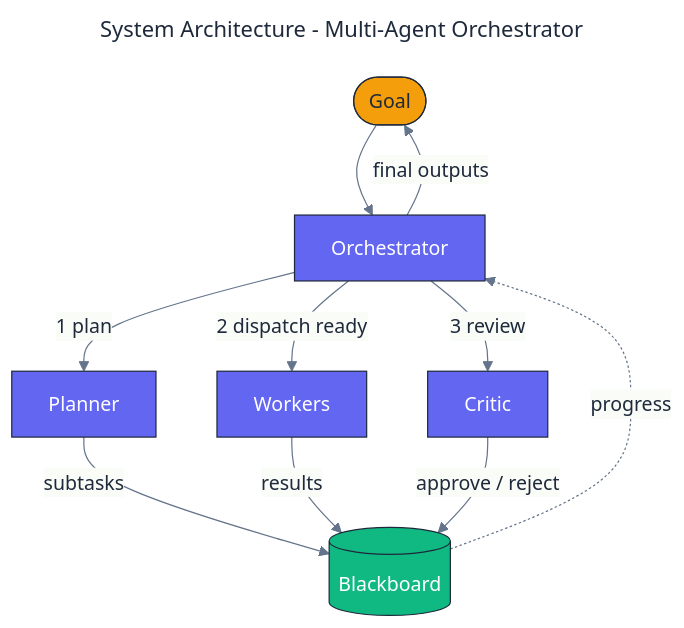
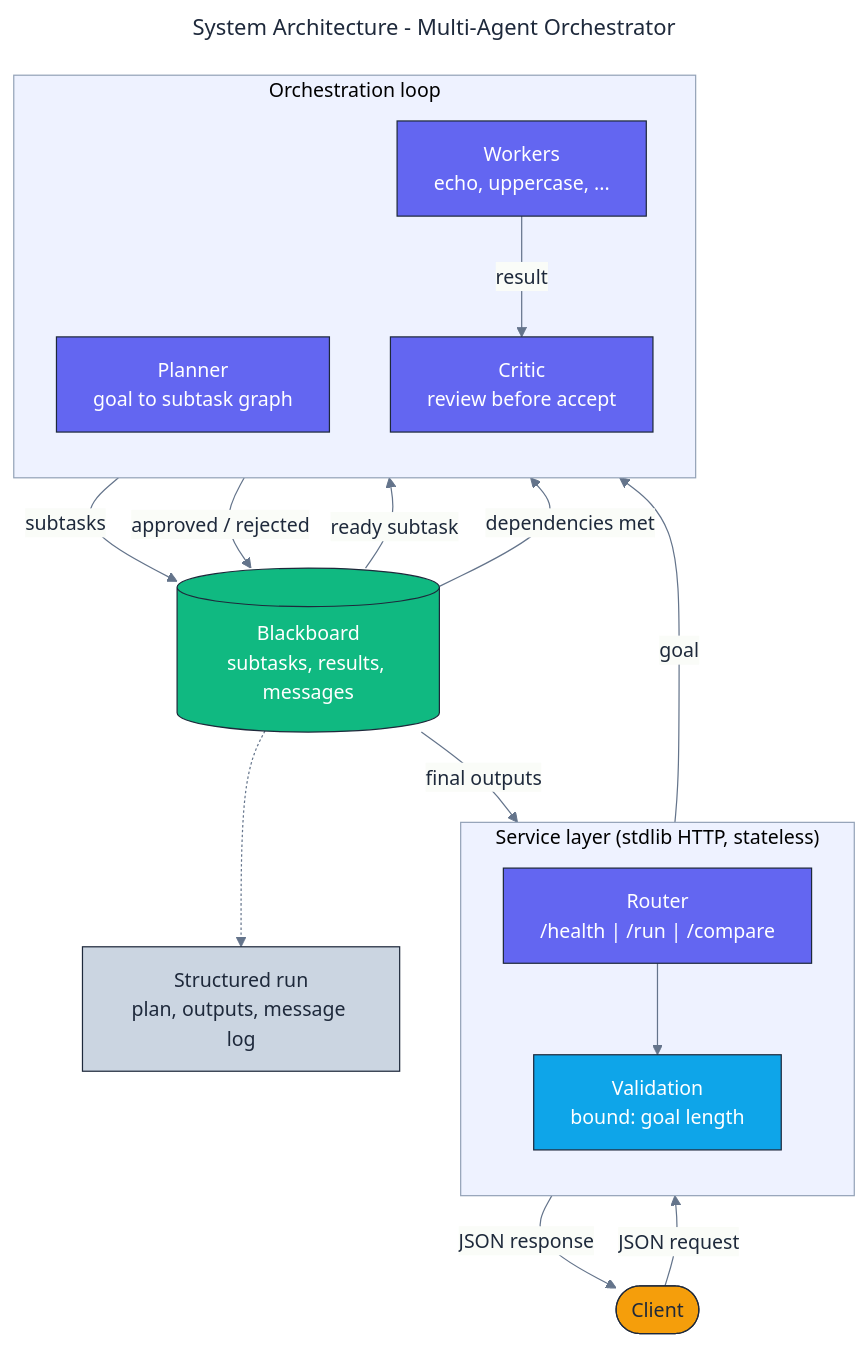
One commit to adeoluo/multi-agent-orchestrator changed the diagram in docs/architecture/architecture.mmd. Above: the diagram before and after it, drawn with Mermaid. The commit also changed 11 other files, not shown here.

First line of the commit message:
feat: add HTTP service, stress benchmark, and operations documentation

```diff
--- a/docs/architecture/architecture.mmd
+++ b/docs/architecture/architecture.mmd
@@ -1,35 +1,47 @@
 ---
 title: System Architecture - Multi-Agent Orchestrator
 config:
   theme: base
   themeVariables:
     fontFamily: "Inter, system-ui, sans-serif"
     primaryColor: "#F8FAFC"
     primaryBorderColor: "#1E293B"
     primaryTextColor: "#1E293B"
     lineColor: "#64748B"
-    clusterBkg: "#E2E8F0"
+    clusterBkg: "#EEF2FF"
     clusterBorder: "#94A3B8"
 ---
-flowchart TD
+flowchart TB
+    classDef edge     fill:#F59E0B,stroke:#1E293B,color:#1E293B,stroke-width:1px;
     classDef core     fill:#6366F1,stroke:#1E293B,color:#ffffff,stroke-width:1px;
     classDef data     fill:#10B981,stroke:#1E293B,color:#ffffff,stroke-width:1px;
-    classDef external fill:#F59E0B,stroke:#1E293B,color:#1E293B,stroke-width:1px;
+    classDef control  fill:#0EA5E9,stroke:#1E293B,color:#ffffff,stroke-width:1px;
+    classDef obs      fill:#CBD5E1,stroke:#1E293B,color:#1E293B,stroke-width:1px;
 
-    Goal([Goal]):::external
-    Orchestrator[Orchestrator]:::core
-    Board[(Blackboard)]:::data
+    Client([Client]):::edge
 
-    Planner[Planner]:::core
-    Worker[Workers]:::core
-    Critic[Critic]:::core
+    subgraph Edge["Service layer (stdlib HTTP, stateless)"]
+        direction TB
+        Router["Router<br/>/health | /run | /compare"]:::core
+        Validate["Validation<br/>bound: goal length"]:::control
+    end
 
-    Goal --> Orchestrator
-    Orchestrator -->|1 plan| Planner
-    Planner -->|subtasks| Board
-    Orchestrator -->|2 dispatch ready| Worker
-    Worker -->|results| Board
-    Orchestrator -->|3 review| Critic
-    Critic -->|approve / reject| Board
-    Board -.->|progress| Orchestrator
-    Orchestrator -->|final outputs| Goal
+    subgraph Orchestrate["Orchestration loop"]
+        direction TB
+        Planner["Planner<br/>goal to subtask graph"]:::core
+        Workers["Workers<br/>echo, uppercase, ..."]:::core
+        Critic["Critic<br/>review before accept"]:::core
+    end
+
+    Blackboard[(Blackboard<br/>subtasks, results, messages)]:::data
+    Trace["Structured run<br/>plan, outputs, message log"]:::obs
+
+    Client -->|JSON request| Router --> Validate
+    Validate -->|goal| Planner
+    Planner -->|subtasks| Blackboard
+    Blackboard -->|ready subtask| Workers
+    Workers -->|result| Critic
+    Critic -->|approved / rejected| Blackboard
+    Blackboard -->|dependencies met| Workers
+    Blackboard -->|final outputs| Router -->|JSON response| Client
+    Blackboard -.-> Trace
```
